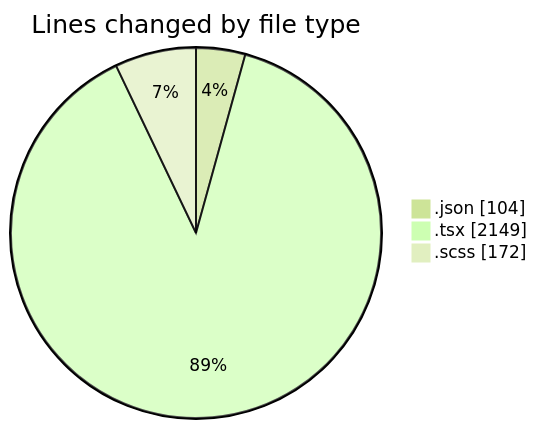
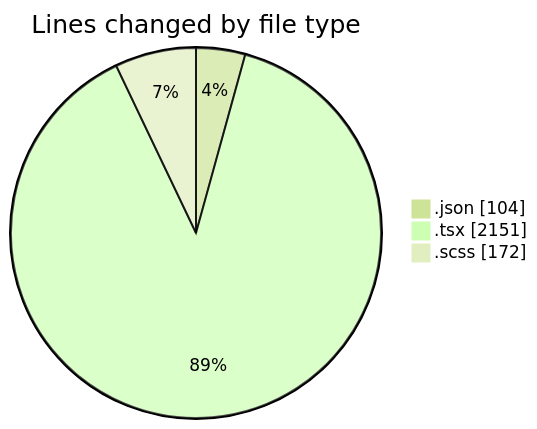
Before and after one commit to momahboobian/code-tracking: the first of 2 diagrams in 2025-08-20/cda/README.md, drawn with Mermaid (forest theme). The commit also changed other lines of this file and 1 other file, not shown here.

````diff
--- a/2025-08-20/cda/README.md
+++ b/2025-08-20/cda/README.md
@@ -27,7 +27,7 @@
 ```mermaid
 pie showData
 title Lines changed by file type
 ".json" : 104
-".tsx" : 2149
+".tsx" : 2151
 ".scss" : 172
 ```
````
